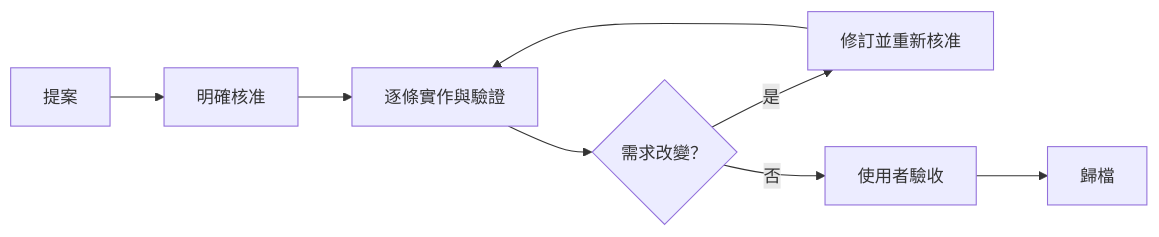
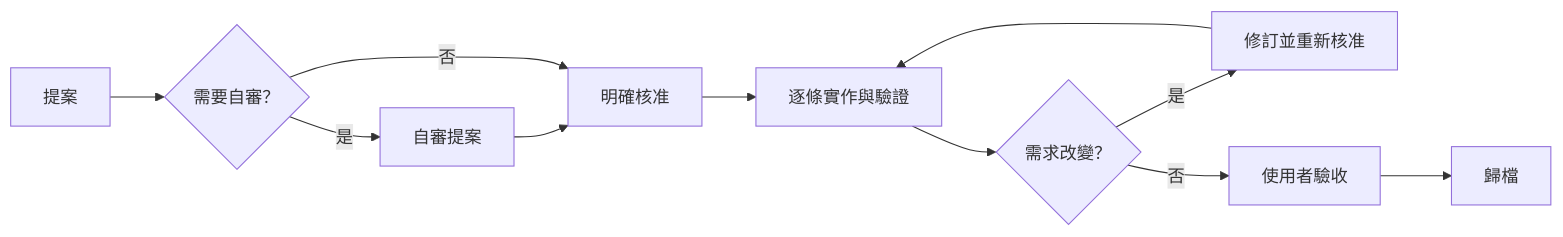
Before and after one commit to kurotanshi/sdd-workflow: the diagram in README.md, drawn with Mermaid. The commit also changed other lines of this file and 18 other files, not shown here.

````diff
--- a/README.md
+++ b/README.md
@@ -91,10 +94,13 @@
 ```mermaid
 flowchart LR
-    A["提案"] --> B["明確核准"]
+    A["提案"] --> Q{"需要自審？"}
+    Q -- "是" --> SR["自審提案"]
+    SR --> B["明確核准"]
+    Q -- "否" --> B
     B --> C["逐條實作與驗證"]
     C --> D{"需求改變？"}
-    D -- "是" --> R["修訂並重新核准"]
-    R --> C
+    D -- "是" --> REV["修訂並重新核准"]
+    REV --> C
     D -- "否" --> E["使用者驗收"]
     E --> F["歸檔"]
 ```
````
